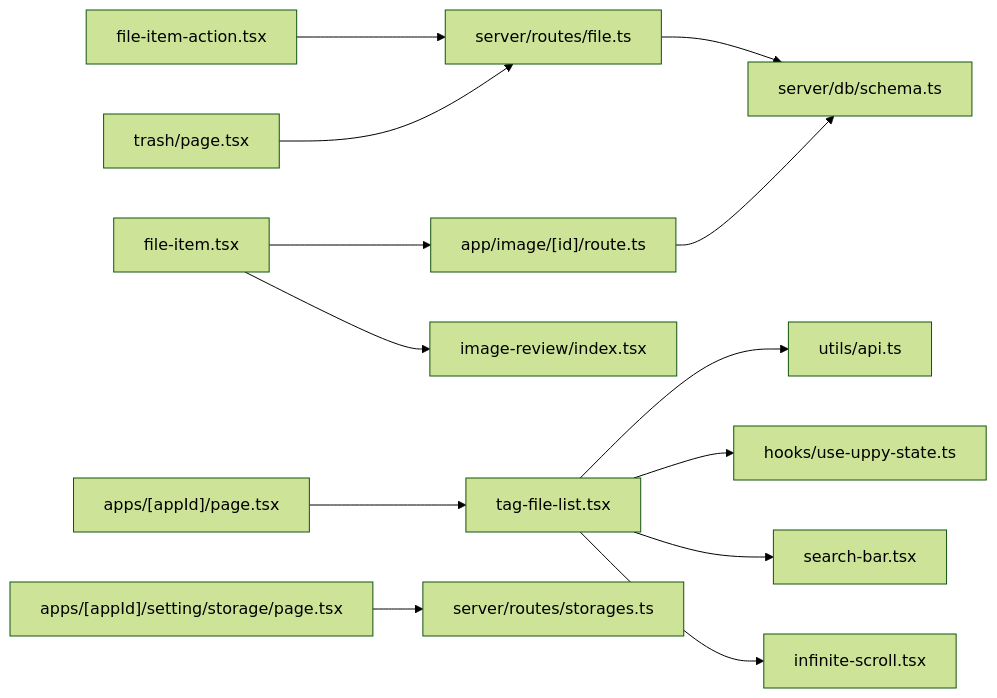
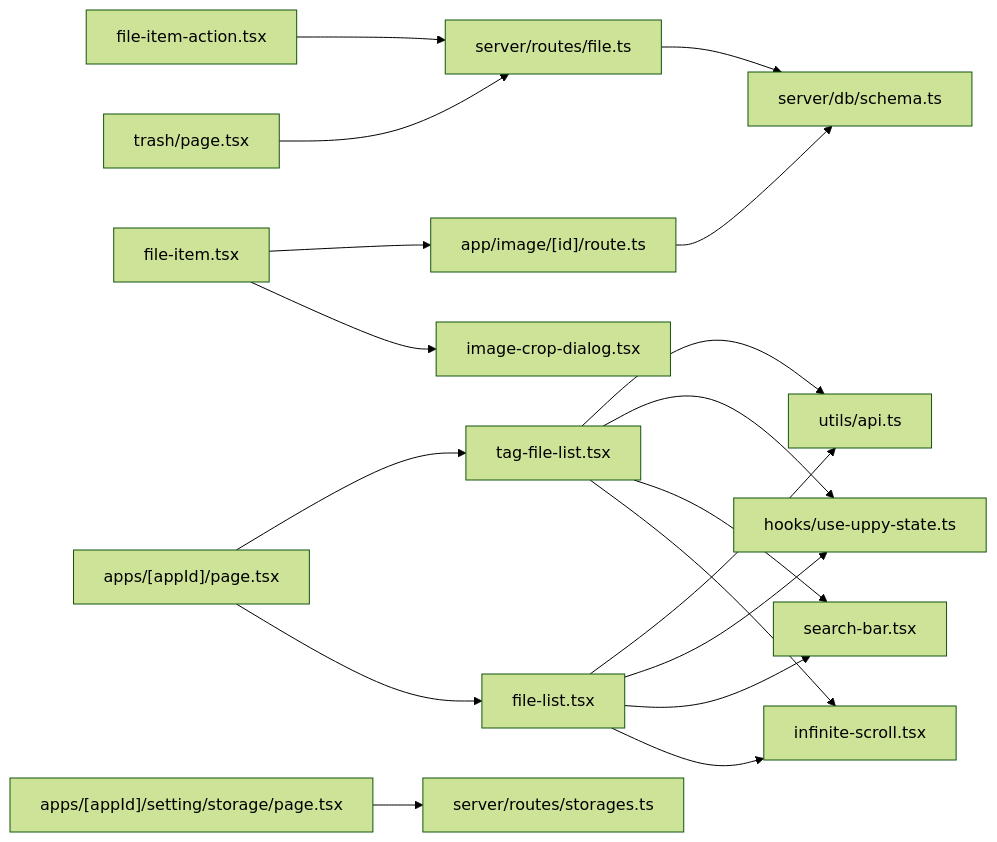
The tenth of 10 diagrams in .qoder/repowiki/zh/content/核心功能模块/文件管理系统/文件管理系统.md (RadiumAg/image-saas), drawn with Mermaid (forest theme) before and after one commit. The commit also changed other lines of this file and 60 other files, not shown here.

````diff
--- a/.qoder/repowiki/zh/content/核心功能模块/文件管理系统/文件管理系统.md
+++ b/.qoder/repowiki/zh/content/核心功能模块/文件管理系统/文件管理系统.md
@@ -440,15 +484,20 @@
 ```mermaid
 graph LR
 TFL["tag-file-list.tsx"] --> API["utils/api.ts"]
 TFL --> UU["hooks/use-uppy-state.ts"]
 TFL --> SB["search-bar.tsx"]
 TFL --> IS["infinite-scroll.tsx"]
+FL["file-list.tsx"] --> API
+FL --> UU
+FL --> SB
+FL --> IS
 FA["file-item-action.tsx"] --> RF["server/routes/file.ts"]
-FI["file-item.tsx"] --> IR["image-review/index.tsx"]
-FI --> IMG["app/image/[id]/route.ts"]
+FI["file-item.tsx"] --> IMG["app/image/[id]/route.ts"]
+FI --> ICD["image-crop-dialog.tsx"]
 TS["trash/page.tsx"] --> RF
 SS["apps/[appId]/setting/storage/page.tsx"] --> RS["server/routes/storages.ts"]
 RF --> SCHEMA["server/db/schema.ts"]
 IMG --> SCHEMA
 APP["apps/[appId]/page.tsx"] --> TFL
+APP --> FL
 ```
````
